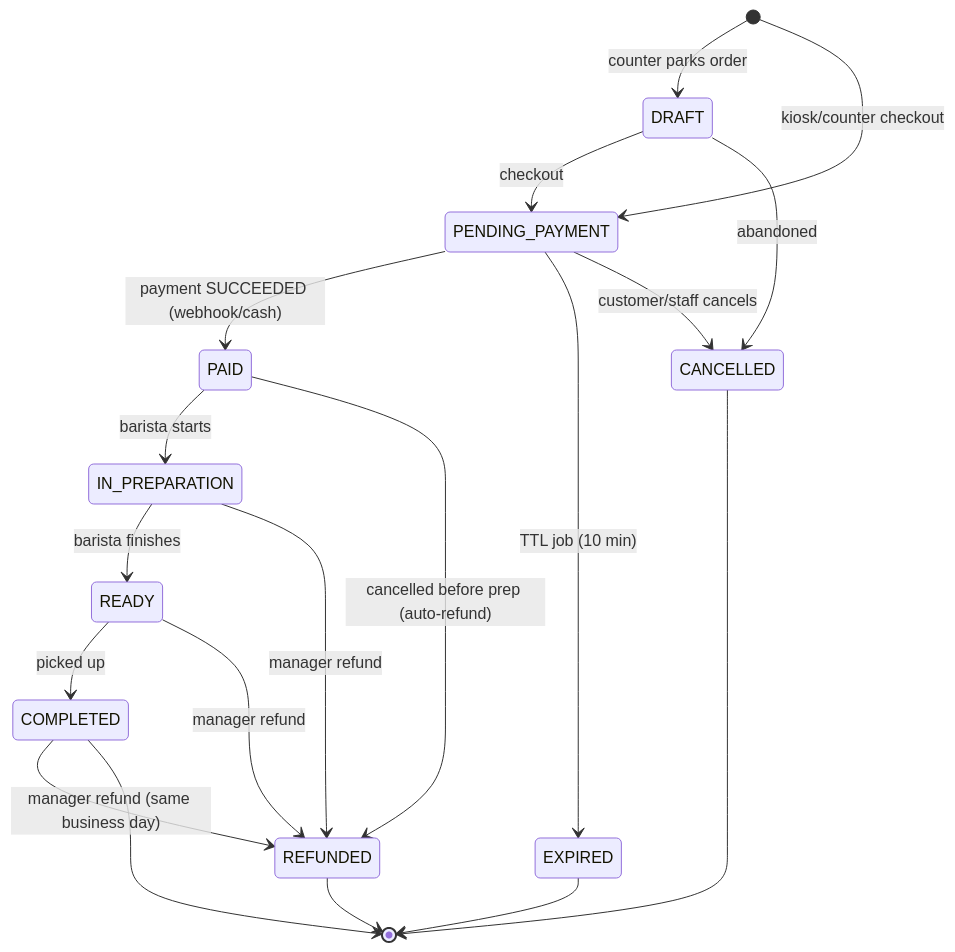
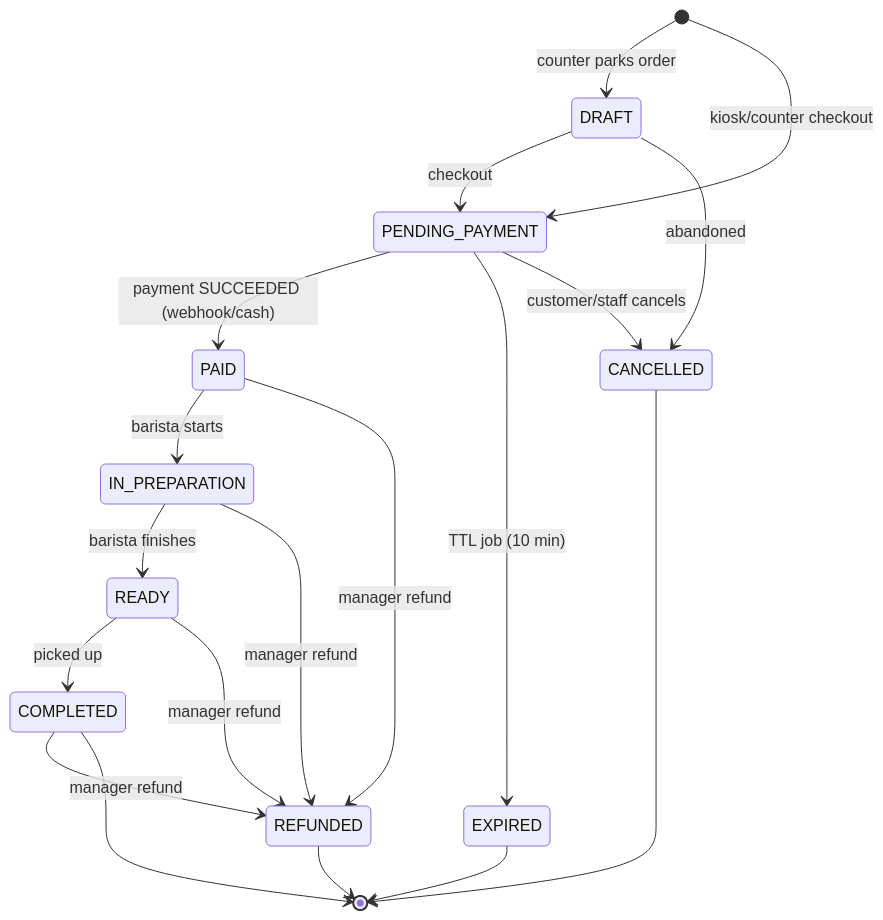
Before and after one commit to FreddieTheObserver/cafe-pos: the second of 4 diagrams in DESIGN.md, drawn with Mermaid. The commit also changed other lines of this file, not shown here.

````diff
--- a/DESIGN.md
+++ b/DESIGN.md
@@ -367,21 +367,21 @@
 ```mermaid
 stateDiagram-v2
     [*] --> DRAFT : counter parks order
     [*] --> PENDING_PAYMENT : kiosk/counter checkout
     DRAFT --> PENDING_PAYMENT : checkout
     DRAFT --> CANCELLED : abandoned
     PENDING_PAYMENT --> PAID : payment SUCCEEDED (webhook/cash)
     PENDING_PAYMENT --> EXPIRED : TTL job (10 min)
     PENDING_PAYMENT --> CANCELLED : customer/staff cancels
     PAID --> IN_PREPARATION : barista starts
-    PAID --> REFUNDED : cancelled before prep (auto-refund)
+    PAID --> REFUNDED : manager refund
     IN_PREPARATION --> READY : barista finishes
     IN_PREPARATION --> REFUNDED : manager refund
     READY --> COMPLETED : picked up
     READY --> REFUNDED : manager refund
-    COMPLETED --> REFUNDED : manager refund (same business day)
+    COMPLETED --> REFUNDED : manager refund
     EXPIRED --> [*]
     CANCELLED --> [*]
     COMPLETED --> [*]
     REFUNDED --> [*]
 ```
````
